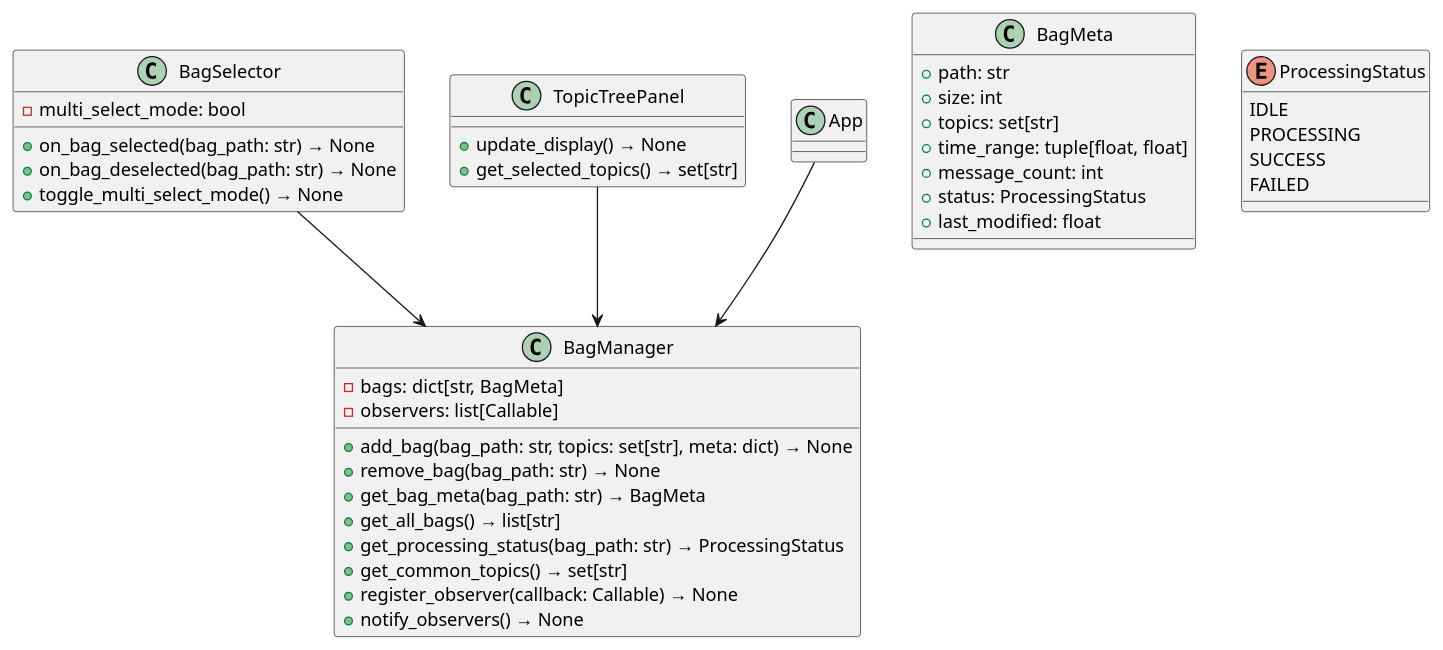
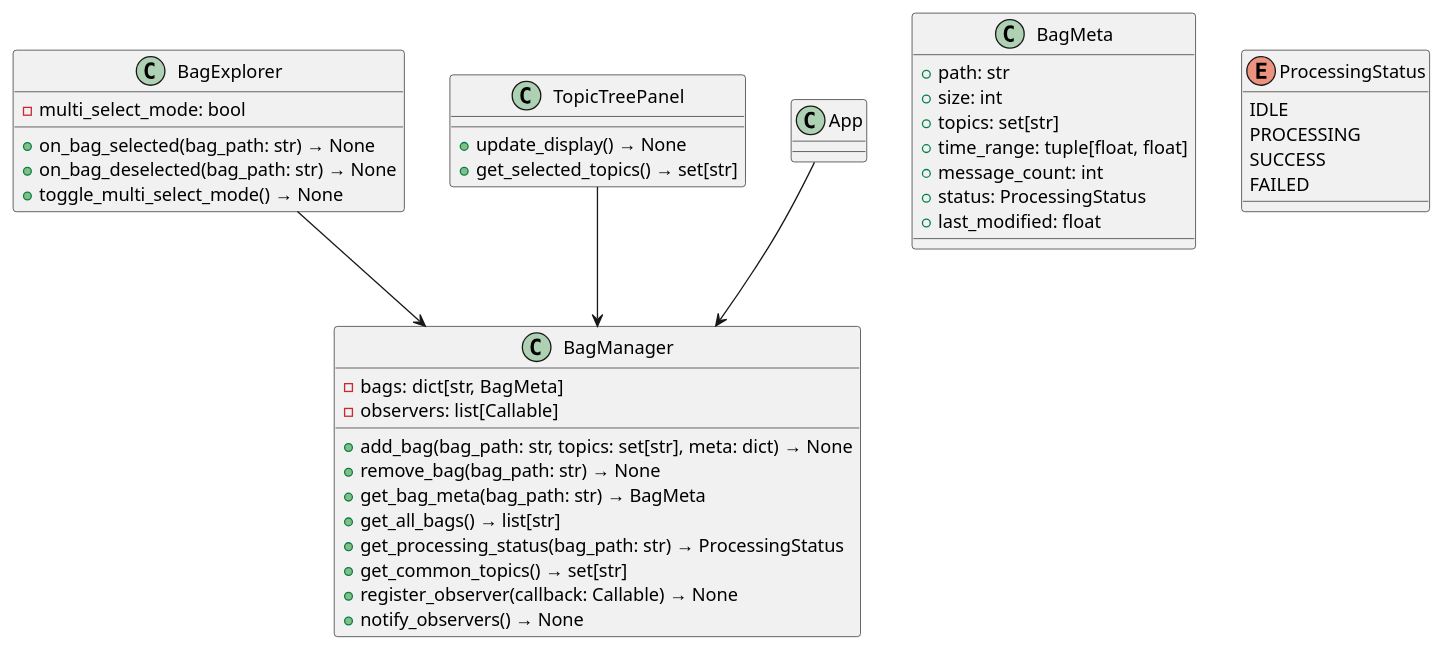
One commit to hanxiaomax/rose changed the diagram in docs/notes/bagmanager.puml. Above: the diagram before and after it, drawn with PlantUML. The commit also changed 9 other files, not shown here.

```diff
--- a/docs/notes/bagmanager.puml
+++ b/docs/notes/bagmanager.puml
@@ -1,50 +1,50 @@
 @startuml BagManager Design
 
 class BagManager {
     - bags: dict[str, BagMeta]
     - observers: list[Callable]
     
     + add_bag(bag_path: str, topics: set[str], meta: dict) → None
     + remove_bag(bag_path: str) → None
     + get_bag_meta(bag_path: str) → BagMeta
     + get_all_bags() → list[str]
     + get_processing_status(bag_path: str) → ProcessingStatus
     + get_common_topics() → set[str]
     + register_observer(callback: Callable) → None
     + notify_observers() → None
 }
 
 class BagMeta {
     + path: str
     + size: int
     + topics: set[str]
     + time_range: tuple[float, float]
     + message_count: int
     + status: ProcessingStatus
     + last_modified: float
 }
 
 enum ProcessingStatus {
     IDLE
     PROCESSING
     SUCCESS
     FAILED
 }
 
-class BagSelector {
+class BagExplorer {
     - multi_select_mode: bool
     + on_bag_selected(bag_path: str) → None
     + on_bag_deselected(bag_path: str) → None
     + toggle_multi_select_mode() → None
 }
 
 class TopicTreePanel {
     + update_display() → None
     + get_selected_topics() → set[str]
 }
 
 App --> BagManager
-BagSelector --> BagManager
+BagExplorer --> BagManager
 TopicTreePanel --> BagManager
 
 @enduml
```
